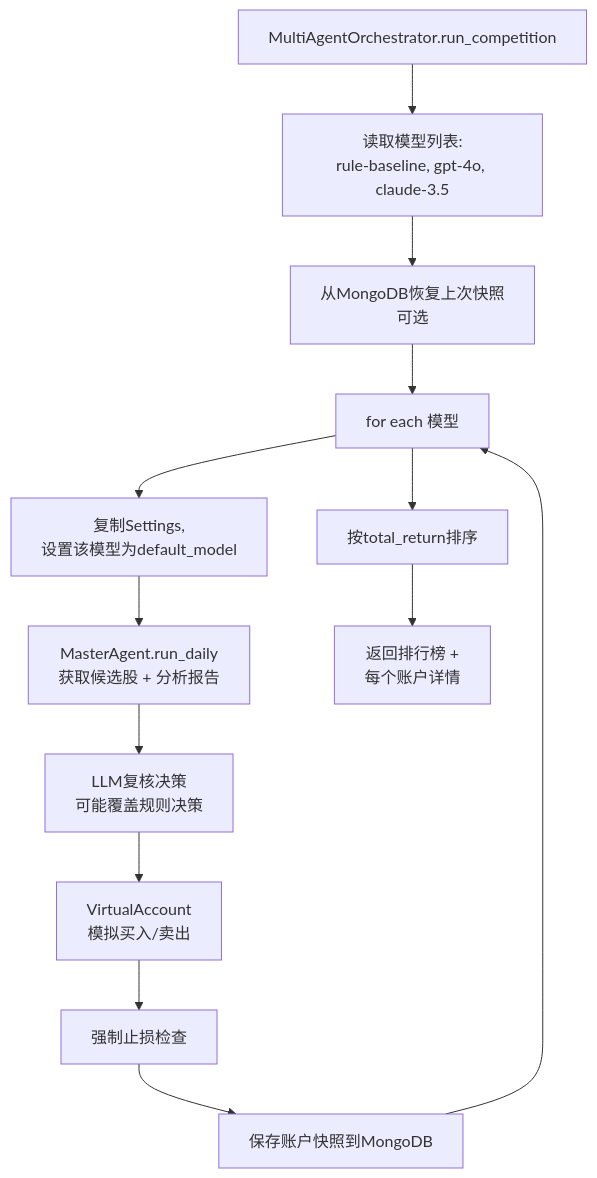
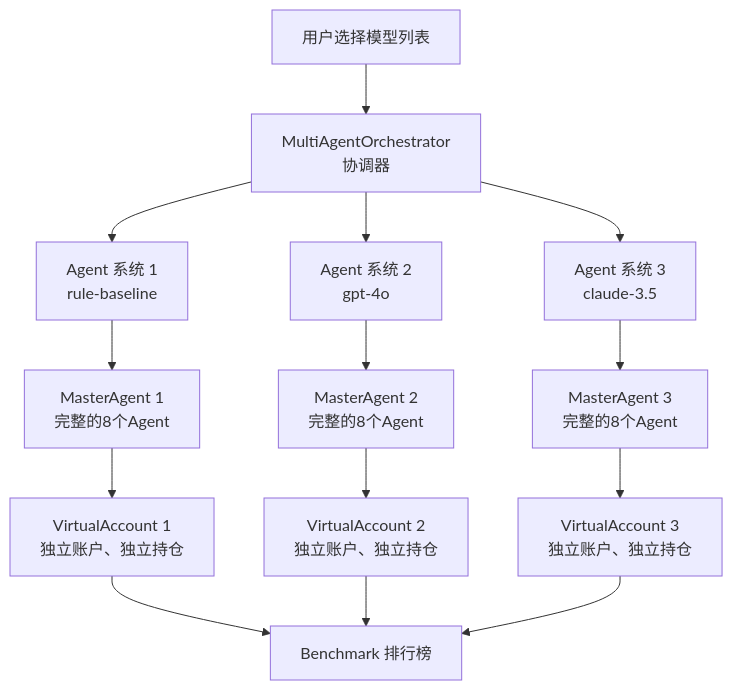
Before and after one commit to systemoutprintlnhelloworld/astock-agent-system: the third of 4 diagrams in docs/technical/ARCHITECTURE.md, drawn with Mermaid. The commit also changed other lines of this file, not shown here.

First line of the commit message:
fix: remove single-LLM vs multi-LLM mode concept, use Benchmark mode

````diff
--- a/docs/technical/ARCHITECTURE.md
+++ b/docs/technical/ARCHITECTURE.md
@@ -243,17 +274,20 @@
 ```mermaid
-flowchart TD
-    start[MultiAgentOrchestrator.run_competition] --> models[读取模型列表:<br/>rule-baseline, gpt-4o, claude-3.5]
-    models --> restore[从MongoDB恢复上次快照<br/>可选]
-    restore --> loop[for each 模型]
+graph TB
+    user[用户选择模型列表] --> orchestrator[MultiAgentOrchestrator<br/>协调器]
     
-    loop --> clone[复制Settings,<br/>设置该模型为default_model]
-    clone --> daily[MasterAgent.run_daily<br/>获取候选股 + 分析报告]
-    daily --> llmReview[LLM复核决策<br/>可能覆盖规则决策]
-    llmReview --> trade[VirtualAccount<br/>模拟买入/卖出]
-    trade --> stopLoss[强制止损检查]
-    stopLoss --> snapshot[保存账户快照到MongoDB]
-    snapshot --> loop
+    orchestrator --> system1[Agent 系统 1<br/>rule-baseline]
+    orchestrator --> system2[Agent 系统 2<br/>gpt-4o]
+    orchestrator --> system3[Agent 系统 3<br/>claude-3.5]
     
-    loop --> rank[按total_return排序]
-    rank --> result[返回排行榜 +<br/>每个账户详情]
+    system1 --> master1[MasterAgent 1<br/>完整的8个Agent]
+    system2 --> master2[MasterAgent 2<br/>完整的8个Agent]
+    system3 --> master3[MasterAgent 3<br/>完整的8个Agent]
+    
+    master1 --> account1[VirtualAccount 1<br/>独立账户、独立持仓]
+    master2 --> account2[VirtualAccount 2<br/>独立账户、独立持仓]
+    master3 --> account3[VirtualAccount 3<br/>独立账户、独立持仓]
+    
+    account1 --> ranking[Benchmark 排行榜]
+    account2 --> ranking
+    account3 --> ranking
 ```
````
